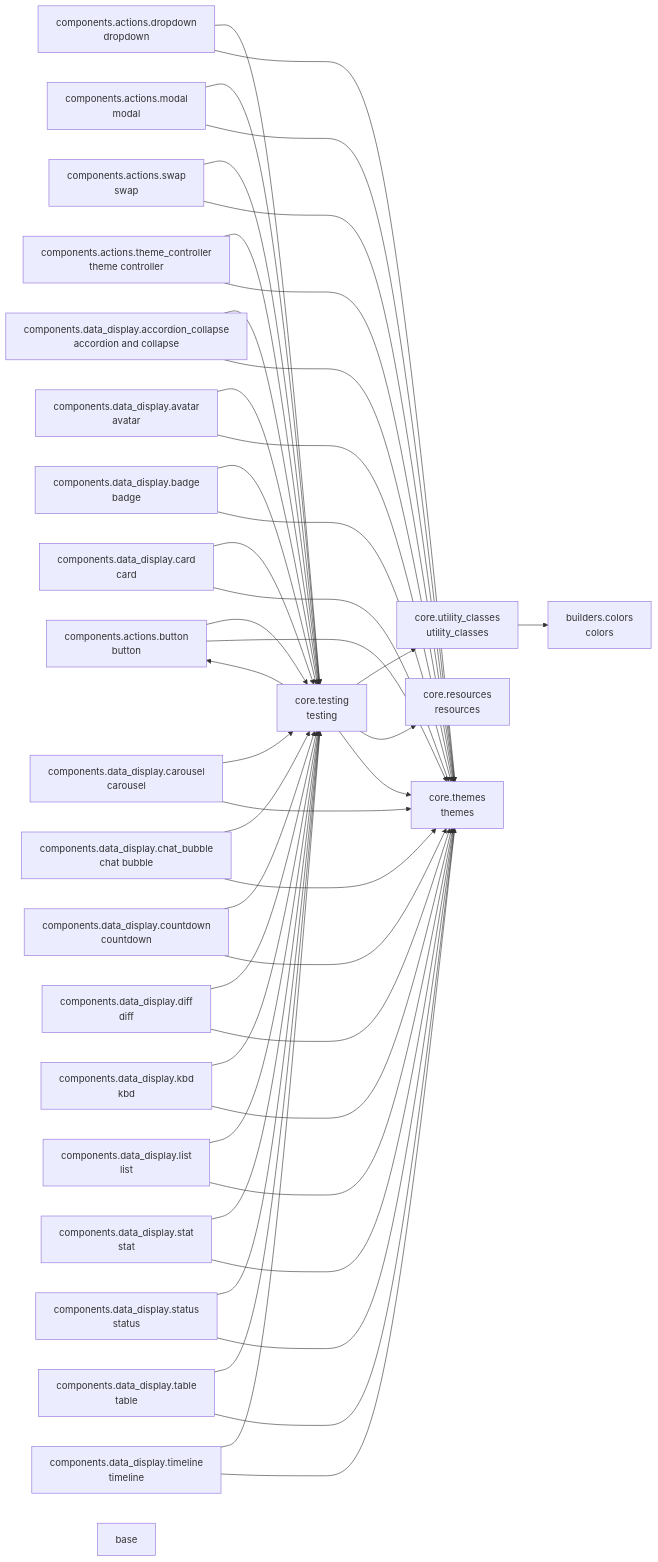
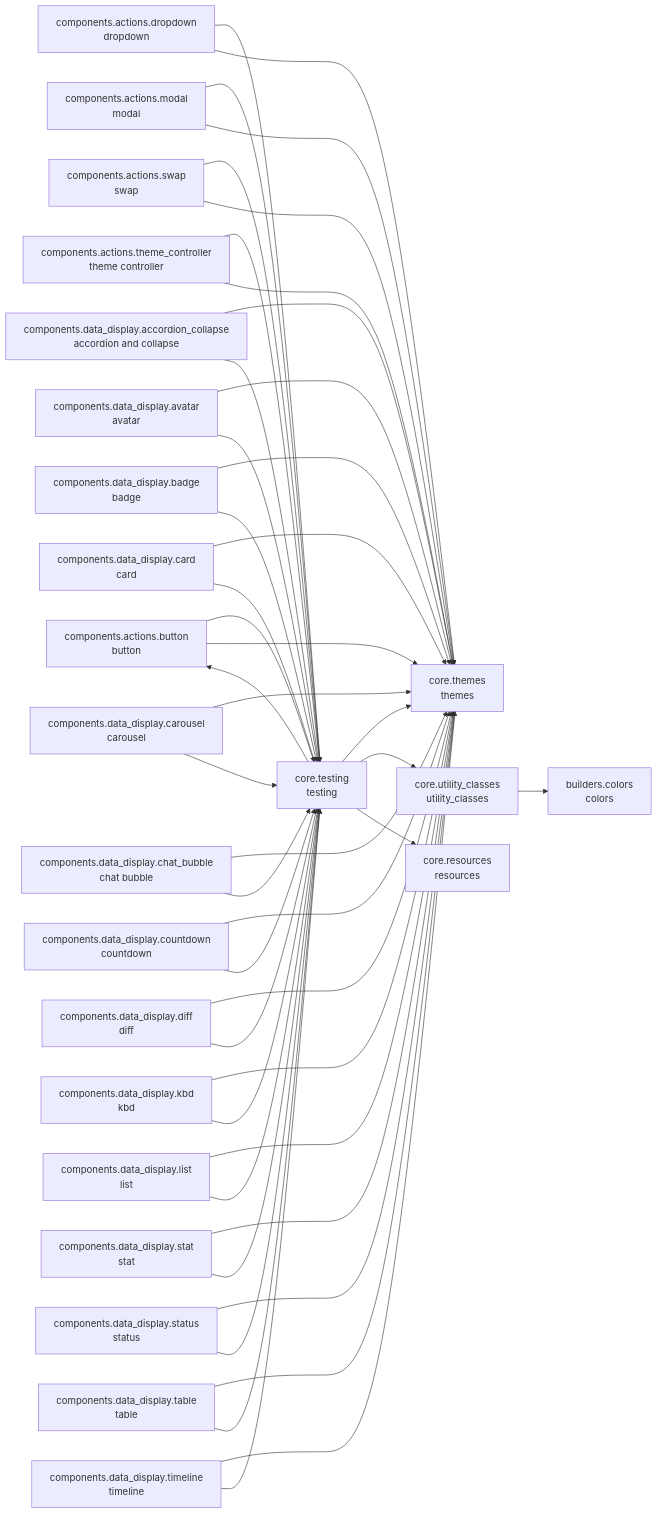
Before and after one commit to cj-mills/cjm-fasthtml-daisyui: the diagram in README.md, drawn with Mermaid. The commit also changed other lines of this file and 2 other files, not shown here.

````diff
--- a/README.md
+++ b/README.md
@@ -60,72 +59,71 @@
 ``` mermaid
 graph LR
     builders_colors[builders.colors<br/>colors]
     components_actions_button[components.actions.button<br/>button]
     components_actions_dropdown[components.actions.dropdown<br/>dropdown]
     components_actions_modal[components.actions.modal<br/>modal]
     components_actions_swap[components.actions.swap<br/>swap]
     components_actions_theme_controller[components.actions.theme_controller<br/>theme controller]
     components_data_display_accordion_collapse[components.data_display.accordion_collapse<br/>accordion and collapse]
     components_data_display_avatar[components.data_display.avatar<br/>avatar]
     components_data_display_badge[components.data_display.badge<br/>badge]
     components_data_display_card[components.data_display.card<br/>card]
     components_data_display_carousel[components.data_display.carousel<br/>carousel]
     components_data_display_chat_bubble[components.data_display.chat_bubble<br/>chat bubble]
     components_data_display_countdown[components.data_display.countdown<br/>countdown]
     components_data_display_diff[components.data_display.diff<br/>diff]
     components_data_display_kbd[components.data_display.kbd<br/>kbd]
     components_data_display_list[components.data_display.list<br/>list]
     components_data_display_stat[components.data_display.stat<br/>stat]
     components_data_display_status[components.data_display.status<br/>status]
     components_data_display_table[components.data_display.table<br/>table]
     components_data_display_timeline[components.data_display.timeline<br/>timeline]
-    base[base]
     core_resources[core.resources<br/>resources]
     core_testing[core.testing<br/>testing]
     core_themes[core.themes<br/>themes]
     core_utility_classes[core.utility_classes<br/>utility_classes]
 
     components_actions_button --> core_testing
     components_actions_button --> core_themes
     components_actions_dropdown --> core_testing
     components_actions_dropdown --> core_themes
     components_actions_modal --> core_testing
     components_actions_modal --> core_themes
     components_actions_swap --> core_testing
     components_actions_swap --> core_themes
     components_actions_theme_controller --> core_testing
     components_actions_theme_controller --> core_themes
+    components_data_display_accordion_collapse --> core_themes
     components_data_display_accordion_collapse --> core_testing
-    components_data_display_accordion_collapse --> core_themes
+    components_data_display_avatar --> core_themes
     components_data_display_avatar --> core_testing
-    components_data_display_avatar --> core_themes
+    components_data_display_badge --> core_themes
     components_data_display_badge --> core_testing
-    components_data_display_badge --> core_themes
+    components_data_display_card --> core_themes
     components_data_display_card --> core_testing
-    components_data_display_card --> core_themes
+    components_data_display_carousel --> core_themes
     components_data_display_carousel --> core_testing
-    components_data_display_carousel --> core_themes
+    components_data_display_chat_bubble --> core_themes
     components_data_display_chat_bubble --> core_testing
-    components_data_display_chat_bubble --> core_themes
+    components_data_display_countdown --> core_themes
     components_data_display_countdown --> core_testing
-    components_data_display_countdown --> core_themes
+    components_data_display_diff --> core_themes
     components_data_display_diff --> core_testing
-    components_data_display_diff --> core_themes
+    components_data_display_kbd --> core_themes
     components_data_display_kbd --> core_testing
-    components_data_display_kbd --> core_themes
+    components_data_display_list --> core_themes
     components_data_display_list --> core_testing
-    components_data_display_list --> core_themes
+    components_data_display_stat --> core_themes
     components_data_display_stat --> core_testing
-    components_data_display_stat --> core_themes
+    components_data_display_status --> core_themes
     components_data_display_status --> core_testing
-    components_data_display_status --> core_themes
+    components_data_display_table --> core_themes
     components_data_display_table --> core_testing
-    components_data_display_table --> core_themes
+    components_data_display_timeline --> core_themes
     components_data_display_timeline --> core_testing
-    components_data_display_timeline --> core_themes
+    core_testing --> core_themes
     core_testing --> core_utility_classes
     core_testing --> components_actions_button
     core_testing --> core_resources
-    core_testing --> core_themes
     core_utility_classes --> builders_colors
 ```
````
